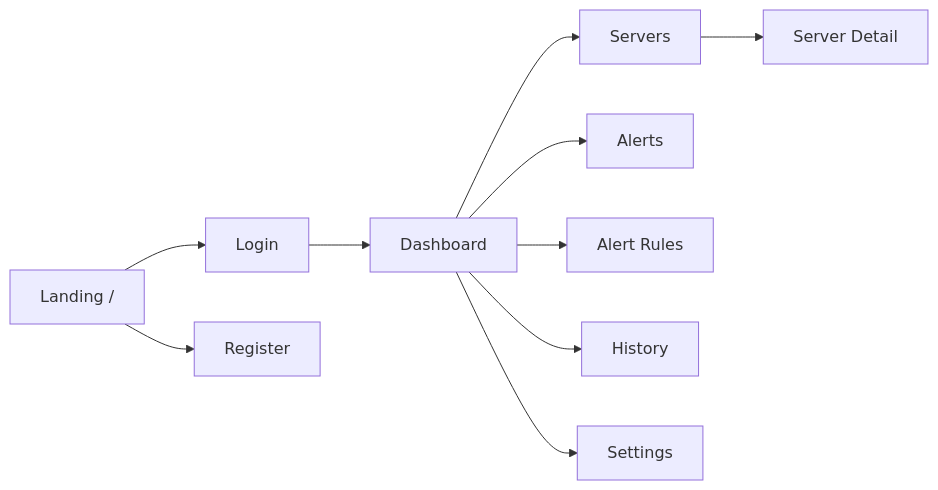
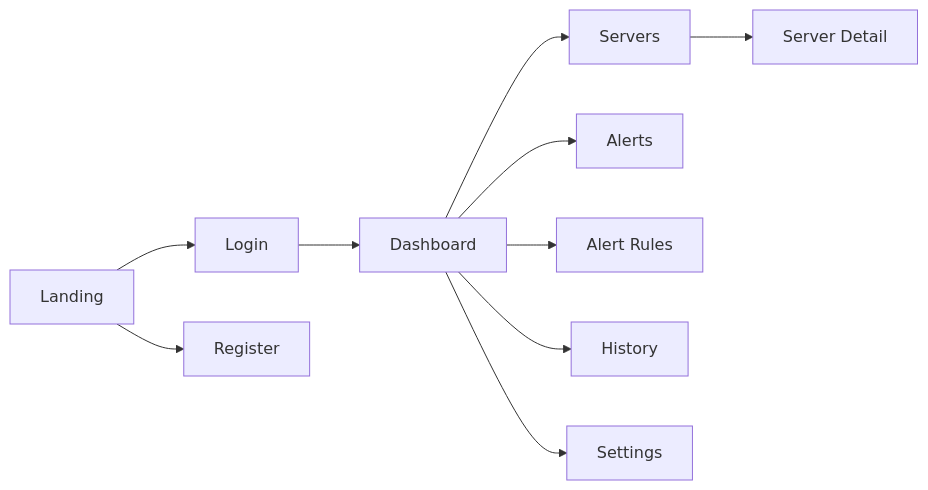
The second of 6 diagrams in Assignment 6/Assignment6.md (ziyadhussain23/Argus), drawn with Mermaid before and after one commit. The commit also changed other lines of this file, not shown here.

````diff
--- a/Assignment 6/Assignment6.md
+++ b/Assignment 6/Assignment6.md
@@ -72,11 +68,11 @@
 ```mermaid
 graph LR
-    L["Landing /"] --> LG["Login"]
+    L["Landing"] --> LG["Login"]
     L --> RG["Register"]
     LG --> DB["Dashboard"]
     DB --> SV["Servers"] --> SD["Server Detail"]
     DB --> AL["Alerts"]
     DB --> AR["Alert Rules"]
     DB --> HI["History"]
     DB --> ST["Settings"]
 ```
````
